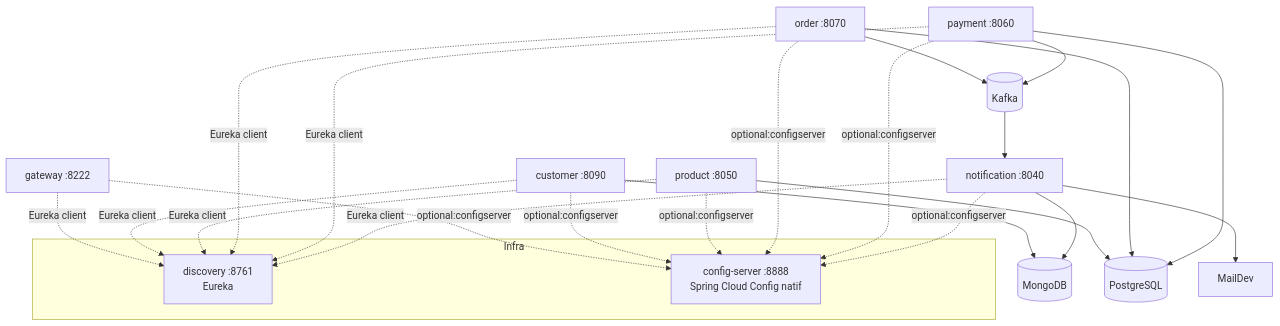
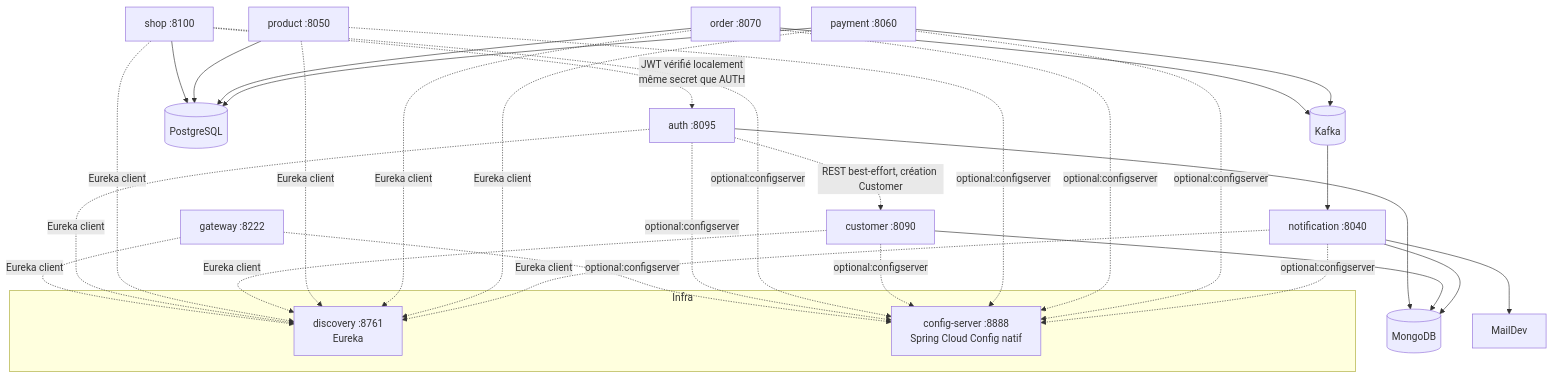
The fourth of 4 diagrams in docs/API_DOCUMENTATION.md (TksDesign/gestion-stock), drawn with Mermaid before and after one commit. The commit also changed other lines of this file and 189 other files, not shown here.

````diff
--- a/docs/API_DOCUMENTATION.md
+++ b/docs/API_DOCUMENTATION.md
@@ -91,32 +130,41 @@
 ```mermaid
 flowchart TB
     subgraph Infra
         DISC[discovery :8761<br/>Eureka]
         CFG[config-server :8888<br/>Spring Cloud Config natif]
     end
 
     GW[gateway :8222] -.->|Eureka client| DISC
+    AUTH[auth :8095] -.->|Eureka client| DISC
+    SHOP[shop :8100] -.->|Eureka client| DISC
     CUS[customer :8090] -.->|Eureka client| DISC
     PRD[product :8050] -.->|Eureka client| DISC
     ORD[order :8070] -.->|Eureka client| DISC
     PAY[payment :8060] -.->|Eureka client| DISC
     NOT[notification :8040] -.->|Eureka client| DISC
 
     GW -.->|optional:configserver| CFG
+    AUTH -.->|optional:configserver| CFG
+    SHOP -.->|optional:configserver| CFG
     CUS -.->|optional:configserver| CFG
     PRD -.->|optional:configserver| CFG
     ORD -.->|optional:configserver| CFG
     PAY -.->|optional:configserver| CFG
     NOT -.->|optional:configserver| CFG
 
-    CUS --> MONGO[(MongoDB)]
+    AUTH --> MONGO[(MongoDB)]
+    CUS --> MONGO
     NOT --> MONGO
-    PRD --> PG[(PostgreSQL)]
+    SHOP --> PG[(PostgreSQL)]
+    PRD --> PG
     ORD --> PG
     PAY --> PG
+
+    AUTH -.->|REST best-effort, création Customer| CUS
+    SHOP -.->|JWT vérifié localement<br/>même secret que AUTH| AUTH
 
     ORD --> K[(Kafka)]
     PAY --> K
     K --> NOT
     NOT --> MAIL[MailDev]
 ```
````
